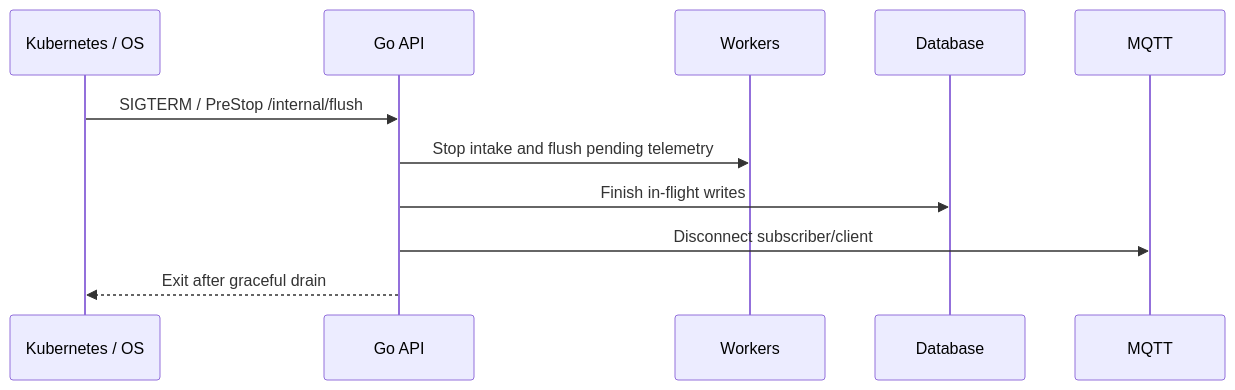
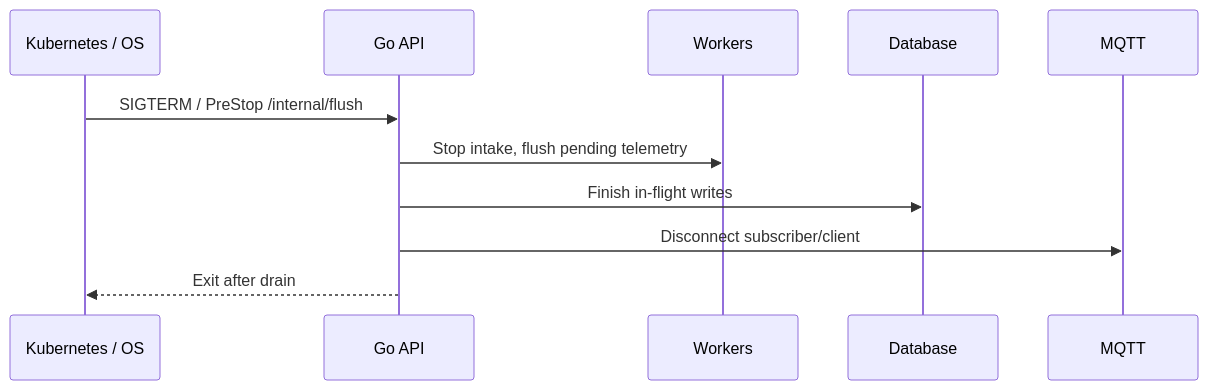
The sixth of 6 diagrams in docs/guide/architecture.md (ev-dev-labs/teslasync), drawn with Mermaid before and after one commit. The commit also changed other lines of this file and 35 other files, not shown here.

````diff
--- a/docs/guide/architecture.md
+++ b/docs/guide/architecture.md
@@ -103,14 +148,14 @@
 ```mermaid
 sequenceDiagram
     participant Kube as Kubernetes / OS
     participant API as Go API
     participant Workers as Workers
     participant DB as Database
     participant MQTT as MQTT
 
     Kube->>API: SIGTERM / PreStop /internal/flush
-    API->>Workers: Stop intake and flush pending telemetry
+    API->>Workers: Stop intake, flush pending telemetry
     API->>DB: Finish in-flight writes
     API->>MQTT: Disconnect subscriber/client
-    API-->>Kube: Exit after graceful drain
+    API-->>Kube: Exit after drain
 ```
````
